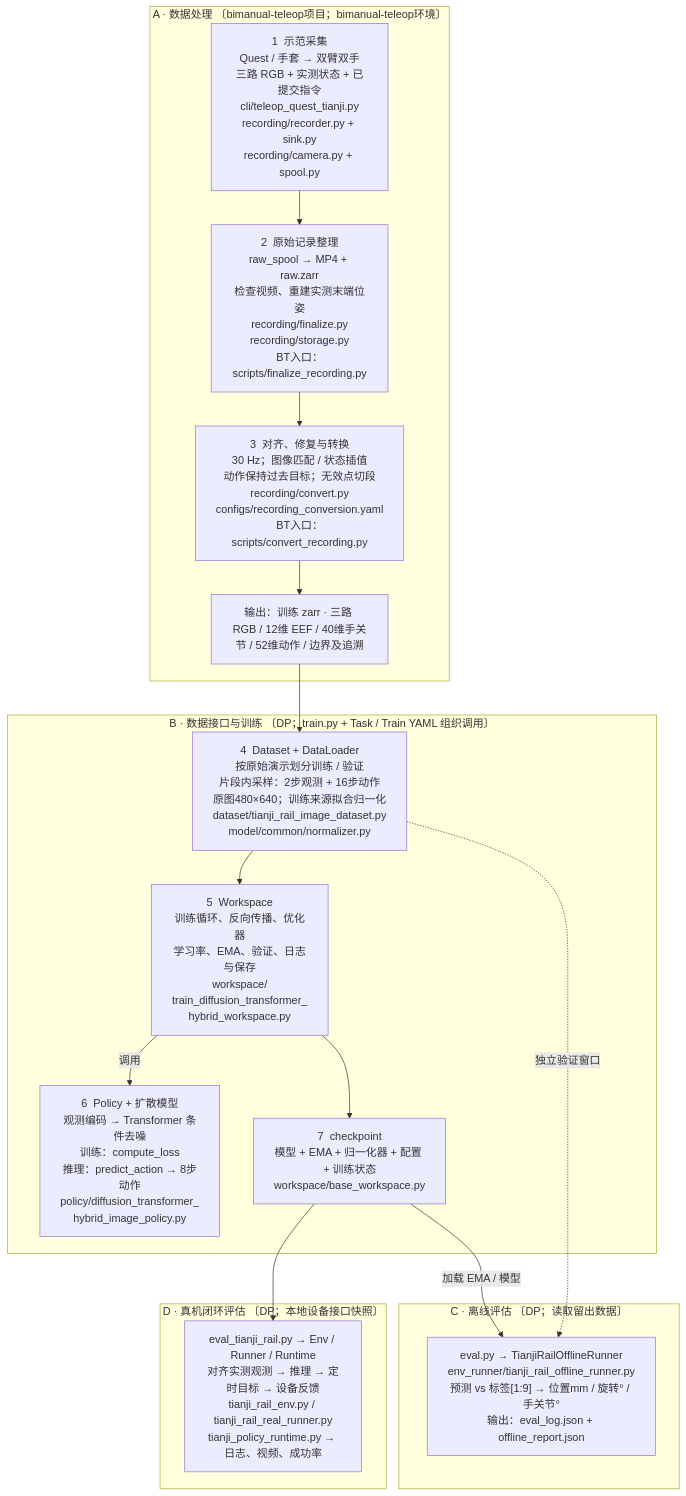
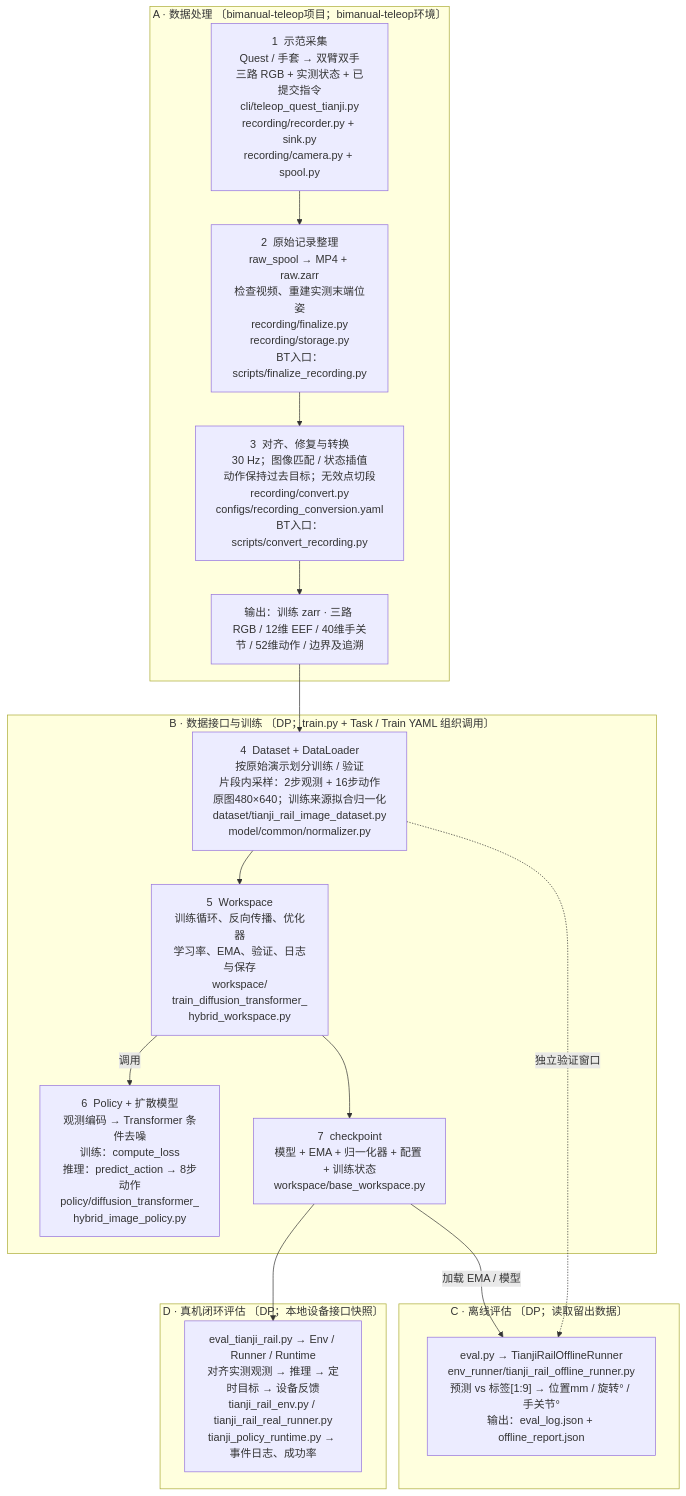
One commit to Wang-Yongsen/diffusion_policy changed the diagram in docs/tianji-rail/task_flow_explanation/01-overview.mmd. Above: the diagram before and after it, drawn with Mermaid. The commit also changed 25 other files, not shown here.

First line of the commit message:
Isolate real-eval inference so logging no longer interrupts control.

```diff
--- a/docs/tianji-rail/task_flow_explanation/01-overview.mmd
+++ b/docs/tianji-rail/task_flow_explanation/01-overview.mmd
@@ -1,30 +1,30 @@
 %% 节点、组件边界与PNG由同一份规格生成；PNG布局单独指定。
 flowchart TD
   subgraph data["A · 数据处理 〔bimanual-teleop项目；bimanual-teleop环境〕"]
     capture["1  示范采集<br/>Quest / 手套 → 双臂双手<br/>三路 RGB + 实测状态 + 已提交指令<br/>cli/teleop_quest_tianji.py<br/>recording/recorder.py + sink.py<br/>recording/camera.py + spool.py"]
     finalize["2  原始记录整理<br/>raw_spool → MP4 + raw.zarr<br/>检查视频、重建实测末端位姿<br/>recording/finalize.py<br/>recording/storage.py<br/>BT入口：scripts/finalize_recording.py"]
     convert["3  对齐、修复与转换<br/>30 Hz；图像匹配 / 状态插值<br/>动作保持过去目标；无效点切段<br/>recording/convert.py<br/>configs/recording_conversion.yaml<br/>BT入口：scripts/convert_recording.py"]
     zarr["输出：训练 zarr · 三路 RGB / 12维 EEF / 40维手关节 / 52维动作 / 边界及追溯"]
   end
   subgraph train["B · 数据接口与训练 〔DP；train.py + Task / Train YAML 组织调用〕"]
     dataset["4  Dataset + DataLoader<br/>按原始演示划分训练 / 验证<br/>片段内采样：2步观测 + 16步动作<br/>原图480×640；训练来源拟合归一化<br/>dataset/tianji_rail_image_dataset.py<br/>model/common/normalizer.py"]
     workspace["5  Workspace<br/>训练循环、反向传播、优化器<br/>学习率、EMA、验证、日志与保存<br/>workspace/<br/>train_diffusion_transformer_<br/>hybrid_workspace.py"]
     policy["6  Policy + 扩散模型<br/>观测编码 → Transformer 条件去噪<br/>训练：compute_loss<br/>推理：predict_action → 8步动作<br/>policy/diffusion_transformer_<br/>hybrid_image_policy.py"]
     ckpt["7  checkpoint<br/>模型 + EMA + 归一化器 + 配置 + 训练状态<br/>workspace/base_workspace.py"]
   end
   subgraph offline["C · 离线评估 〔DP；读取留出数据〕"]
     off["eval.py → TianjiRailOfflineRunner<br/>env_runner/tianji_rail_offline_runner.py<br/>预测 vs 标签[1:9] → 位置mm / 旋转° / 手关节°<br/>输出：eval_log.json + offline_report.json"]
   end
   subgraph real["D · 真机闭环评估 〔DP；本地设备接口快照〕"]
-    live["eval_tianji_rail.py → Env / Runner / Runtime<br/>对齐实测观测 → 推理 → 定时目标 → 设备反馈<br/>tianji_rail_env.py / tianji_rail_real_runner.py<br/>tianji_policy_runtime.py → 日志、视频、成功率"]
+    live["eval_tianji_rail.py → Env / Runner / Runtime<br/>对齐实测观测 → 推理 → 定时目标 → 设备反馈<br/>tianji_rail_env.py / tianji_rail_real_runner.py<br/>tianji_policy_runtime.py → 事件日志、成功率"]
   end
   capture --> finalize
   finalize --> convert
   convert --> zarr
   zarr --> dataset
   dataset --> workspace
   workspace -->|"调用"| policy
   workspace --> ckpt
   ckpt -->|"加载 EMA / 模型"| off
   ckpt --> live
   dataset -.->|"独立验证窗口"| off
```
